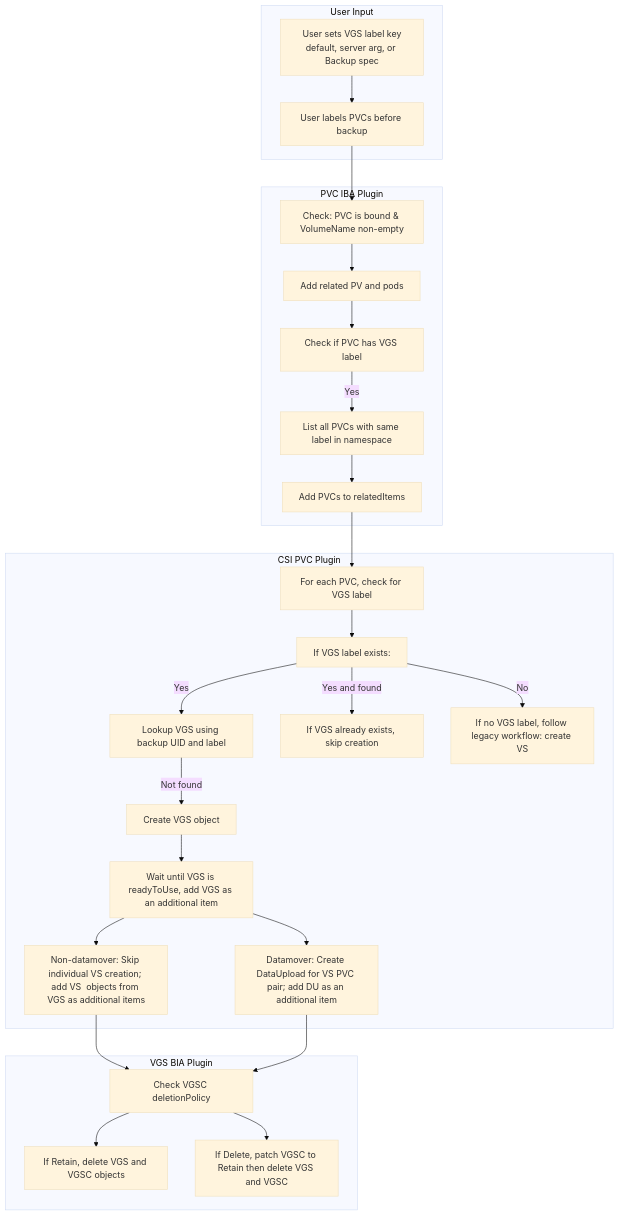
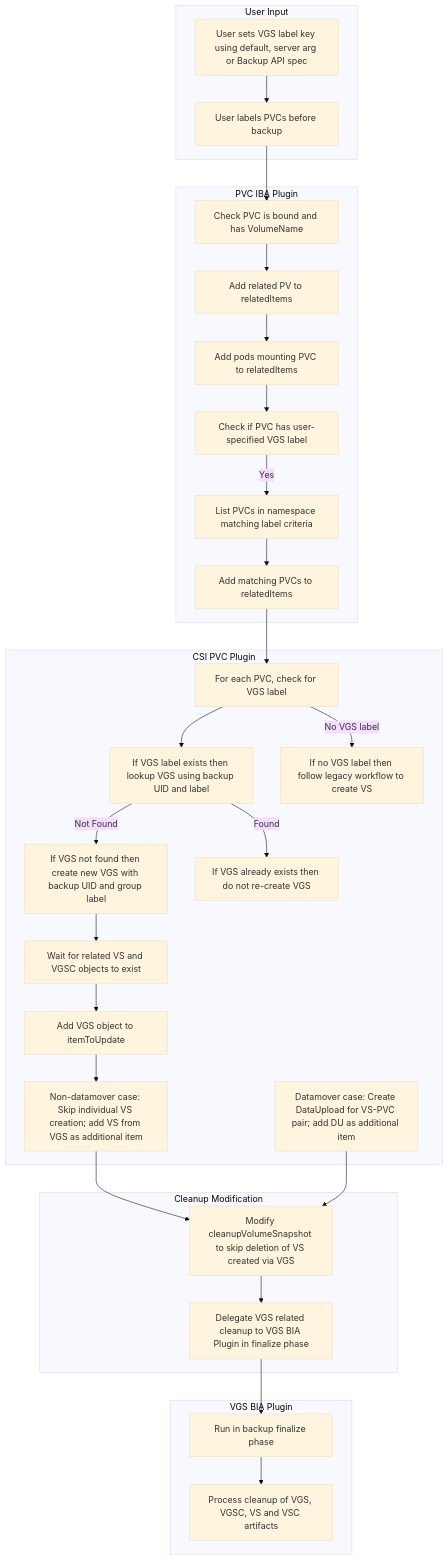
Before and after one commit to vmware-tanzu/velero: the fourth of 4 diagrams in design/volume-group-snapshot.md, drawn with Mermaid (base theme). The commit also changed other lines of this file, not shown here.

Commit message:
delegate cleanup to VGS BIA

````diff
--- a/design/volume-group-snapshot.md
+++ b/design/volume-group-snapshot.md
@@ -167,59 +171,66 @@
 ```mermaid
 flowchart TD
-%% User Input
+%% User Input Section
     subgraph "User Input"
-        A[User sets VGS label key<br/>default, server arg, or Backup spec]
-        B[User labels PVCs before backup]
-        A --> B
+        U1[User sets VGS label key using default, server arg or Backup API spec]
+        U2[User labels PVCs before backup]
+        U1 --> U2
     end
 
-%% PVC ItemBlockAction Plugin
+%% PVC ItemBlockAction Plugin Section
     subgraph "PVC IBA Plugin"
-        C[Check: PVC is bound & VolumeName non-empty]
-        D[Add related PV and pods]
-        E[Check if PVC has VGS label]
-        F[List all PVCs with same label in namespace]
-        G[Add PVCs to relatedItems]
-        C --> D
-        D --> E
-        E -- Yes --> F
-        F --> G
+        I1[Check PVC is bound and has VolumeName]
+        I2[Add related PV to relatedItems]
+        I3[Add pods mounting PVC to relatedItems]
+        I4[Check if PVC has user-specified VGS label]
+        I5[List PVCs in namespace matching label criteria]
+        I6[Add matching PVCs to relatedItems]
+        I1 --> I2
+        I2 --> I3
+        I3 --> I4
+        I4 -- Yes --> I5
+        I5 --> I6
     end
 
-%% CSI PVC Plugin
+%% CSI PVC Plugin Section
 subgraph "CSI PVC Plugin"
-H[For each PVC, check for VGS label]
-I[If VGS label exists:]
-J[Lookup VGS using backup UID and label]
-K[Create VGS object]
-L[Wait until VGS is readyToUse, add VGS as an additional item]
-M[Non-datamover: Skip individual VS creation; add VS  objects from VGS as additional items]
-N[Datamover: Create DataUpload for VS PVC pair; add DU as an additional item]
-O[If VGS already exists, skip creation]
-P[If no VGS label, follow legacy workflow: create VS]
-H --> I
-I -- Yes --> J
-J -- Not found --> K
-K --> L
-L --> M
-L --> N
-I -- Yes and found --> O
-I -- No --> P
+C1[For each PVC, check for VGS label]
+C2[If VGS label exists then lookup VGS using backup UID and label]
+C3[If VGS not found then create new VGS with backup UID and group label]
+C4[Wait for related VS and VGSC objects to exist]
+C5[Add VGS object to itemToUpdate]
+C6[Non-datamover case: Skip individual VS creation; add VS from VGS as additional item]
+C7[Datamover case: Create DataUpload for VS-PVC pair; add DU as additional item]
+C8[If VGS already exists then do not re-create VGS]
+C9[If no VGS label then follow legacy workflow to create VS]
+C1 --> C2
+C2 -- Not Found --> C3
+C3 --> C4
+C4 --> C5
+C5 --> C6
+C2 -- Found --> C8
+C1 -- No VGS label --> C9
 end
 
-%% VGS BackupItemAction Plugin
-subgraph "VGS BIA Plugin"
-Q[Check VGSC deletionPolicy]
-R[If Retain, delete VGS and VGSC objects]
-S[If Delete, patch VGSC to Retain then delete VGS and VGSC]
-Q --> R
-Q --> S
+%% Cleanup Modification Section
+subgraph "Cleanup Modification"
+CL1[Modify cleanupVolumeSnapshot to skip deletion of VS created via VGS]
+CL2[Delegate VGS related cleanup to VGS BIA Plugin in finalize phase]
+CL1 --> CL2
 end
 
-%% Connect the flows
-B --> C
-G --> H
-M --> Q
-N --> Q
+%% VGS BackupItemAction Plugin Section
+subgraph "VGS BIA Plugin"
+V1[Run in backup finalize phase]
+V2[Process cleanup of VGS, VGSC, VS and VSC artifacts]
+V1 --> V2
+end
+
+%% Connect Major Sections
+U2 --> I1
+I6 --> C1
+C6 --> CL1
+C7 --> CL1
+CL2 --> V1
 
 ```
````
